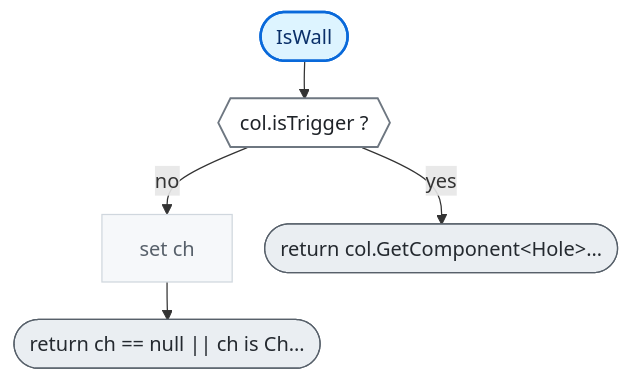
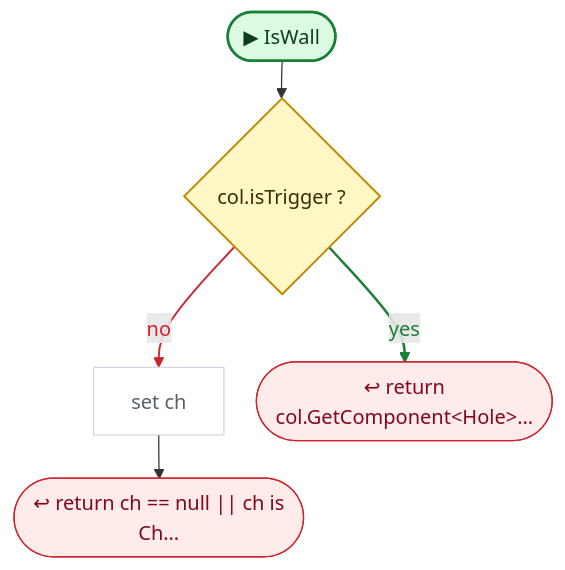
Before and after one commit to nataiai/Lord-of-the-Dungeon: diagram 12 of 14 in CodeGraph~/graph/AI/PathFinding.cs.md, drawn with Mermaid. The commit also changed other lines of this file and 44 other files, not shown here.

````diff
--- a/CodeGraph~/graph/AI/PathFinding.cs.md
+++ b/CodeGraph~/graph/AI/PathFinding.cs.md
@@ -687,33 +746,39 @@
 ```mermaid
 ---
 config:
   flowchart:
     wrappingWidth: 260
     nodeSpacing: 26
     rankSpacing: 30
 ---
 flowchart TD
-  nS(["IsWall"])
-  n275a64{{"col.isTrigger ?"}}
+  nS(["▶ IsWall"])
+  n275a64{"col.isTrigger ?"}
   n315cd9["set ch"]
-  n41a645(["return col.GetComponent#60;Hole#62;…"])
-  n07eb02(["return ch == null #124;#124; ch is Ch…"])
+  n41a645(["↩ return<br>col.GetComponent#60;Hole#62;…"])
+  n07eb02(["↩ return ch == null #124;#124; ch is<br>Ch…"])
   nS --> n275a64
   n275a64 -->|no| n315cd9
   n275a64 -->|yes| n41a645
   n315cd9 --> n07eb02
-  classDef unity fill:#fff1c2,stroke:#9a6700,stroke-width:2px,color:#3b2300
-  classDef start fill:#ddf4ff,stroke:#0969da,stroke-width:2px,color:#0a3069
-  classDef calc fill:#f6f8fa,stroke:#d0d7de,color:#57606a
-  classDef calls fill:#ffffff,stroke:#0969da,stroke-width:2.5px,color:#0a3069
-  classDef cond fill:#ffffff,stroke:#6e7781,stroke-width:1.5px,color:#1f2328
-  classDef loop fill:#fbefff,stroke:#8250df,color:#3e1f79
-  classDef exit fill:#eaeef2,stroke:#57606a,color:#24292f
-  classDef wait fill:#fff8f0,stroke:#bc4c00,color:#4d1d00
+  linkStyle 1 stroke:#cf222e,stroke-width:1.5px,color:#cf222e
+  linkStyle 2 stroke:#1a7f37,stroke-width:2px,color:#1a7f37
+  classDef unity fill:#dafbe1,stroke:#1a7f37,stroke-width:2px,color:#0f3d1d
+  classDef start fill:#dafbe1,stroke:#1a7f37,stroke-width:2px,color:#0f3d1d
+  classDef calc fill:#ffffff,stroke:#d0d7de,color:#57606a
+  classDef calls fill:#ddf4ff,stroke:#0969da,stroke-width:2px,color:#0a3069
+  classDef ext fill:#ddf4ff,stroke:#0969da,stroke-width:2px,stroke-dasharray:5 3,color:#0a3069
+  classDef cond fill:#fff8c5,stroke:#bf8700,stroke-width:1.5px,color:#3d2a00
+  classDef loop fill:#f6f8fa,stroke:#57606a,color:#1f2328
+  classDef exit fill:#ffebe9,stroke:#cf222e,color:#82071e
+  classDef kill fill:#ffebe9,stroke:#cf222e,stroke-width:2px,color:#82071e
+  classDef spawn fill:#dafbe1,stroke:#1a7f37,stroke-width:2px,color:#0f3d1d
+  classDef wait fill:#fff1e5,stroke:#bc4c00,color:#4d1d00
   classDef fin fill:#eaeef2,stroke:#8c959f,color:#57606a
   classDef join fill:#d0d7de,stroke:#8c959f,color:#57606a
+  classDef ghdr fill:#f5f9ff,stroke:#f5f9ff,color:#0a3069,font-weight:bold
   class n315cd9 calc
   class n275a64 cond
   class n41a645,n07eb02 exit
   class nS start
 ```
````
